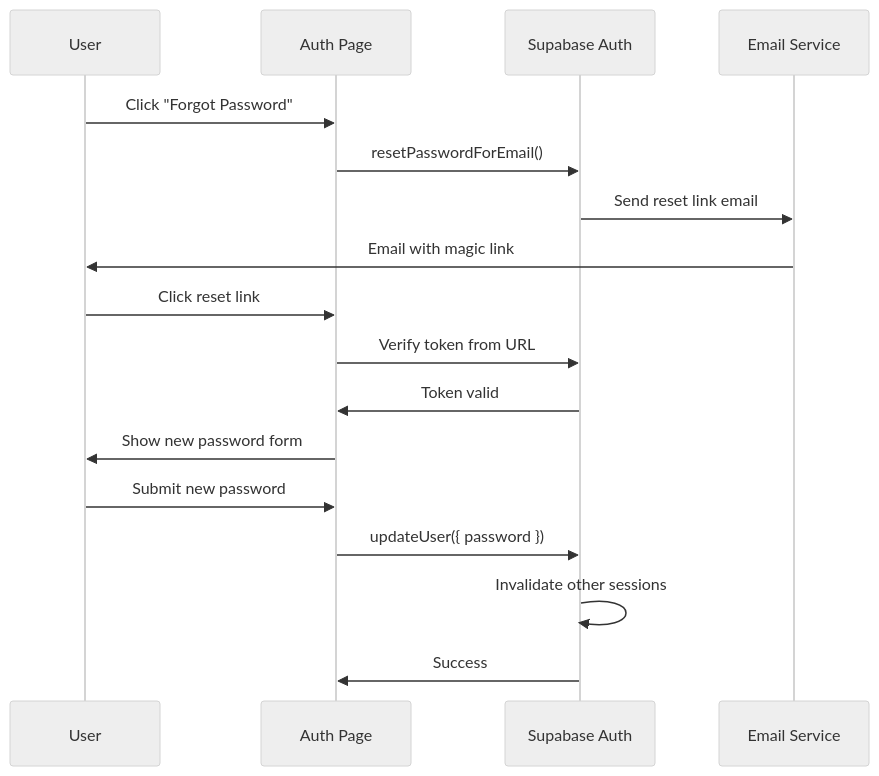
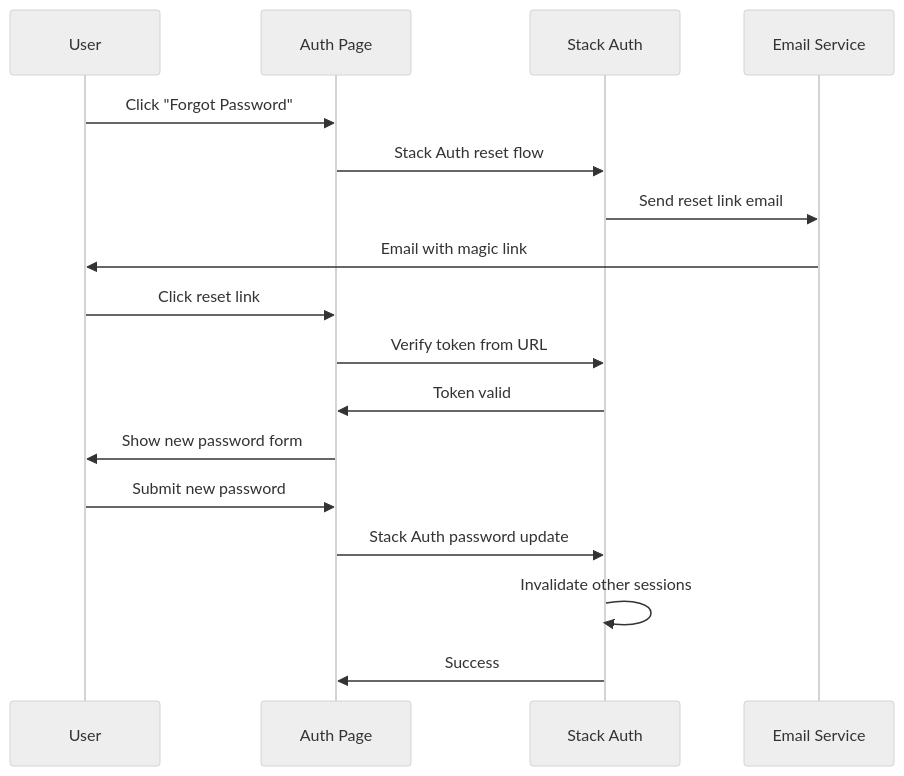
One commit to getdatasurge/fresh-staged changed the second of 3 diagrams in docs/security/AUTH_MODEL.md. Above: the diagram before and after it, drawn with Mermaid (neutral theme). The commit also changed other lines of this file and 4 other files, not shown here.

First line of the commit message:
docs: sync documentation with Stack Auth migration, security fixes, and code splitting

````diff
--- a/docs/security/AUTH_MODEL.md
+++ b/docs/security/AUTH_MODEL.md
@@ -101,20 +92,20 @@
 ```mermaid
 sequenceDiagram
     participant U as User
     participant A as Auth Page
-    participant SA as Supabase Auth
+    participant SA as Stack Auth
     participant E as Email Service
 
     U->>A: Click "Forgot Password"
-    A->>SA: resetPasswordForEmail()
+    A->>SA: Stack Auth reset flow
     SA->>E: Send reset link email
     E->>U: Email with magic link
     U->>A: Click reset link
     A->>SA: Verify token from URL
     SA->>A: Token valid
     A->>U: Show new password form
     U->>A: Submit new password
-    A->>SA: updateUser({ password })
+    A->>SA: Stack Auth password update
     SA->>SA: Invalidate other sessions
     SA->>A: Success
 ```
````
